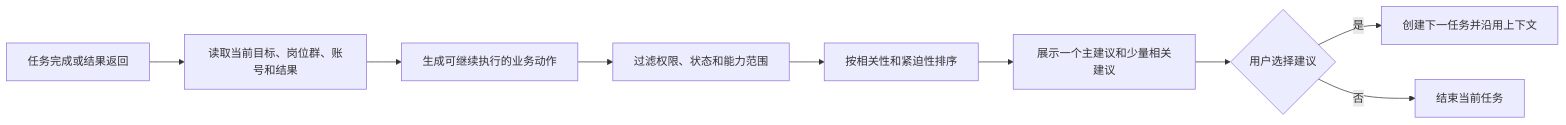
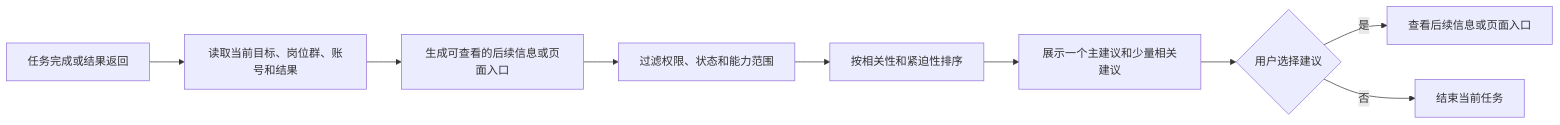
The seventh of 9 diagrams in PRD-v1.1-对话逻辑设计方案.md (hunterandrabbits-a11y/AI-Army), drawn with Mermaid before and after one commit. The commit also changed other lines of this file, not shown here.

````diff
--- a/PRD-v1.1-对话逻辑设计方案.md
+++ b/PRD-v1.1-对话逻辑设计方案.md
@@ -815,11 +784,11 @@
 ```mermaid
 flowchart LR
     A[任务完成或结果返回] --> B[读取当前目标、岗位群、账号和结果]
-    B --> C[生成可继续执行的业务动作]
+    B --> C[生成可查看的后续信息或页面入口]
     C --> D[过滤权限、状态和能力范围]
     D --> E[按相关性和紧迫性排序]
     E --> F[展示一个主建议和少量相关建议]
     F --> G{用户选择建议}
-    G -->|是| H[创建下一任务并沿用上下文]
+    G -->|是| H[查看后续信息或页面入口]
     G -->|否| I[结束当前任务]
 ```
````
